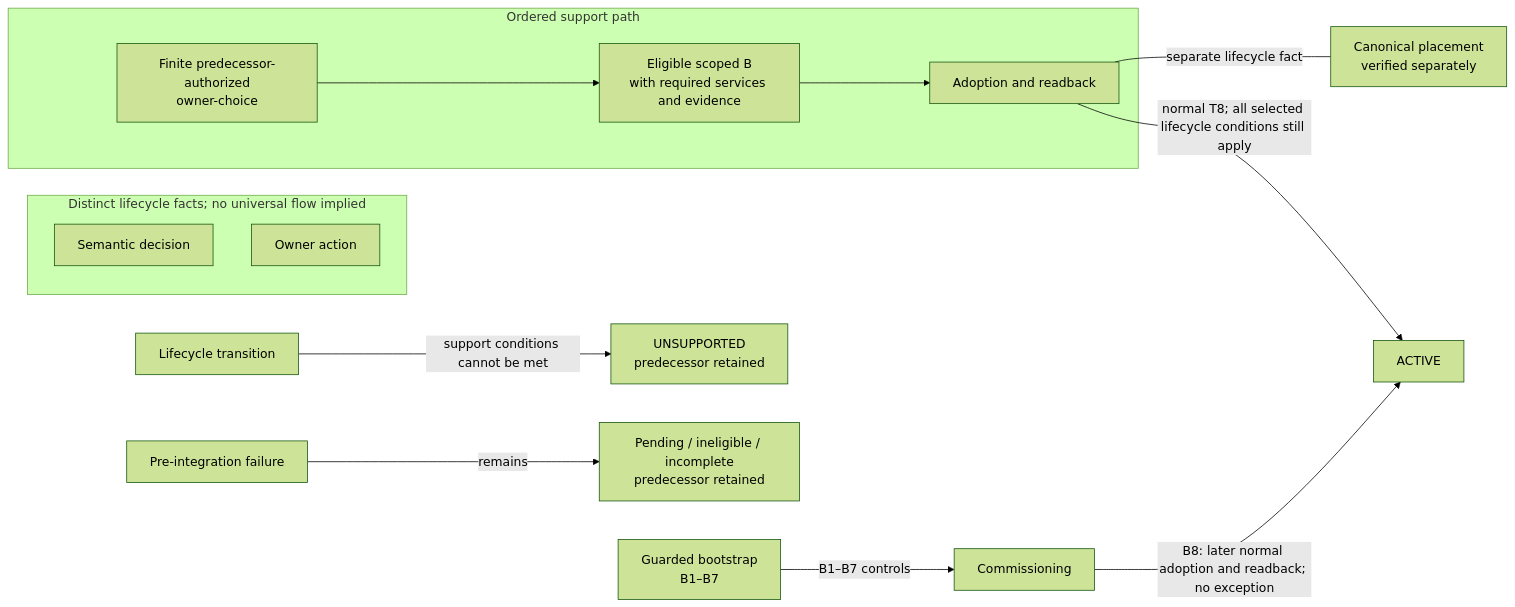
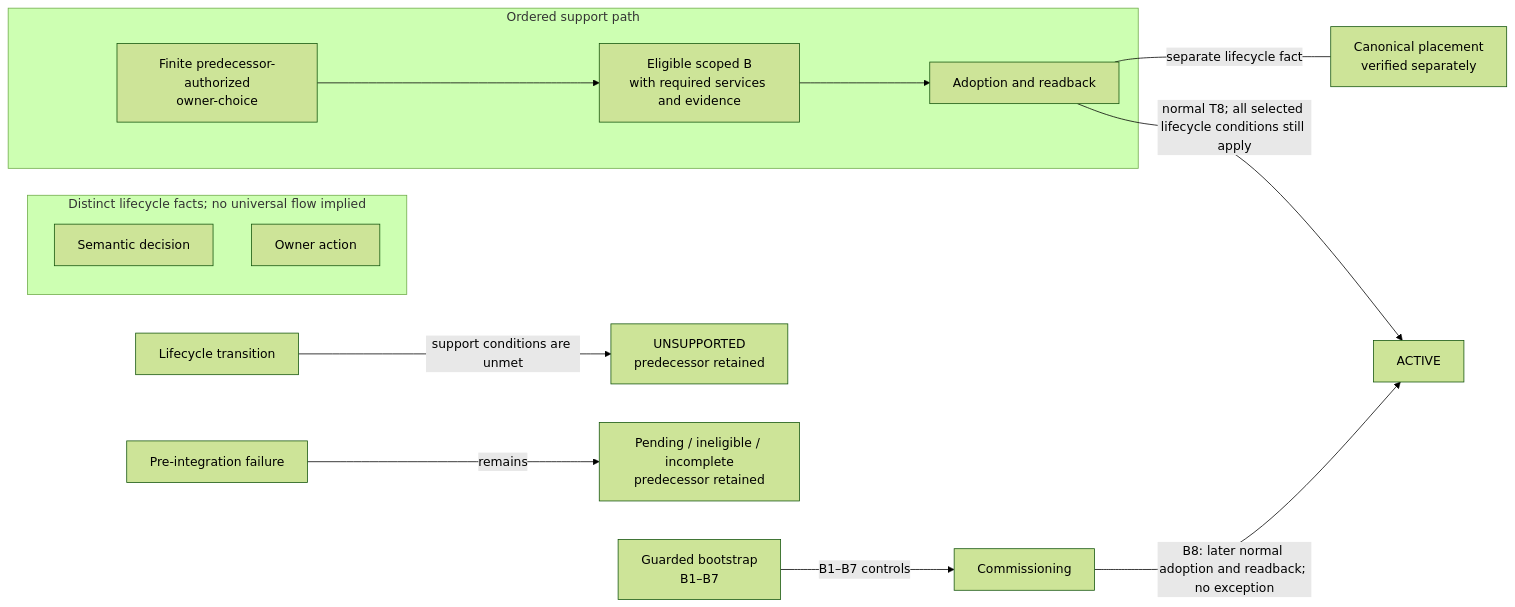
One commit to flair-agency/architecture-gatekeeper changed the third of 3 diagrams in docs/architecture.md. Above: the diagram before and after it, drawn with Mermaid (forest theme). The commit also changed other lines of this file and 2 other files, not shown here.

````diff
--- a/docs/architecture.md
+++ b/docs/architecture.md
@@ -343,28 +343,28 @@
 ```mermaid
 flowchart LR
   subgraph facts["Distinct lifecycle facts; no universal flow implied"]
     decision["Semantic decision"]
     owner["Owner action"]
   end
   subgraph support["Ordered support path"]
     ownerchoice["Finite predecessor-authorized\nowner-choice"]
     eligible["Eligible scoped B\nwith required services and evidence"]
     adoption["Adoption and readback"]
     ownerchoice --> eligible --> adoption
   end
   placement["Canonical placement\nverified separately"]
   transition["Lifecycle transition"]
   unsupported["UNSUPPORTED\npredecessor retained"]
   preintegration["Pre-integration failure"]
   pending["Pending / ineligible / incomplete\npredecessor retained"]
   bootstrap["Guarded bootstrap\nB1–B7"]
   commissioning["Commissioning"]
   active["ACTIVE"]
 
   adoption ---|separate lifecycle fact| placement
   adoption -->|normal T8; all selected lifecycle conditions still apply| active
-  transition -->|support conditions cannot be met| unsupported
+  transition -->|support conditions are unmet| unsupported
   preintegration -->|remains| pending
   bootstrap -->|B1–B7 controls| commissioning
   commissioning -->|B8: later normal adoption and readback; no exception| active
 ```
````
